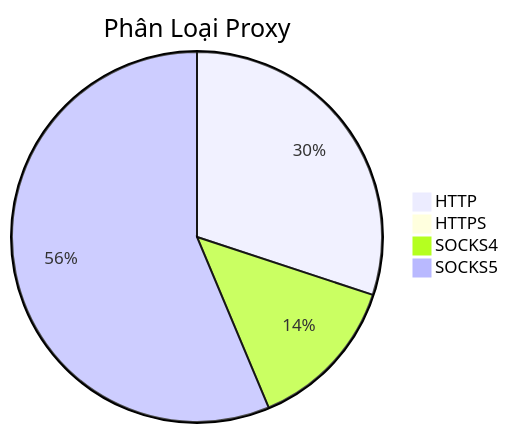
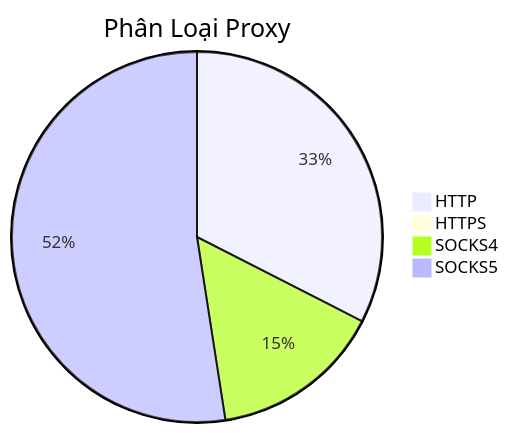
Before and after one commit to Ciara-12/PROXY-free: the diagram in README.md, drawn with Mermaid. The commit also changed other lines of this file and 4 other files, not shown here.

````diff
--- a/README.md
+++ b/README.md
@@ -26,7 +26,7 @@
 ```mermaid
 pie title Phân Loại Proxy
-    "HTTP" : 928
-    "HTTPS" : 5
-    "SOCKS4" : 420
-    "SOCKS5" : 1739
+    "HTTP" : 649
+    "HTTPS" : 0
+    "SOCKS4" : 300
+    "SOCKS5" : 1047
 ```
````
